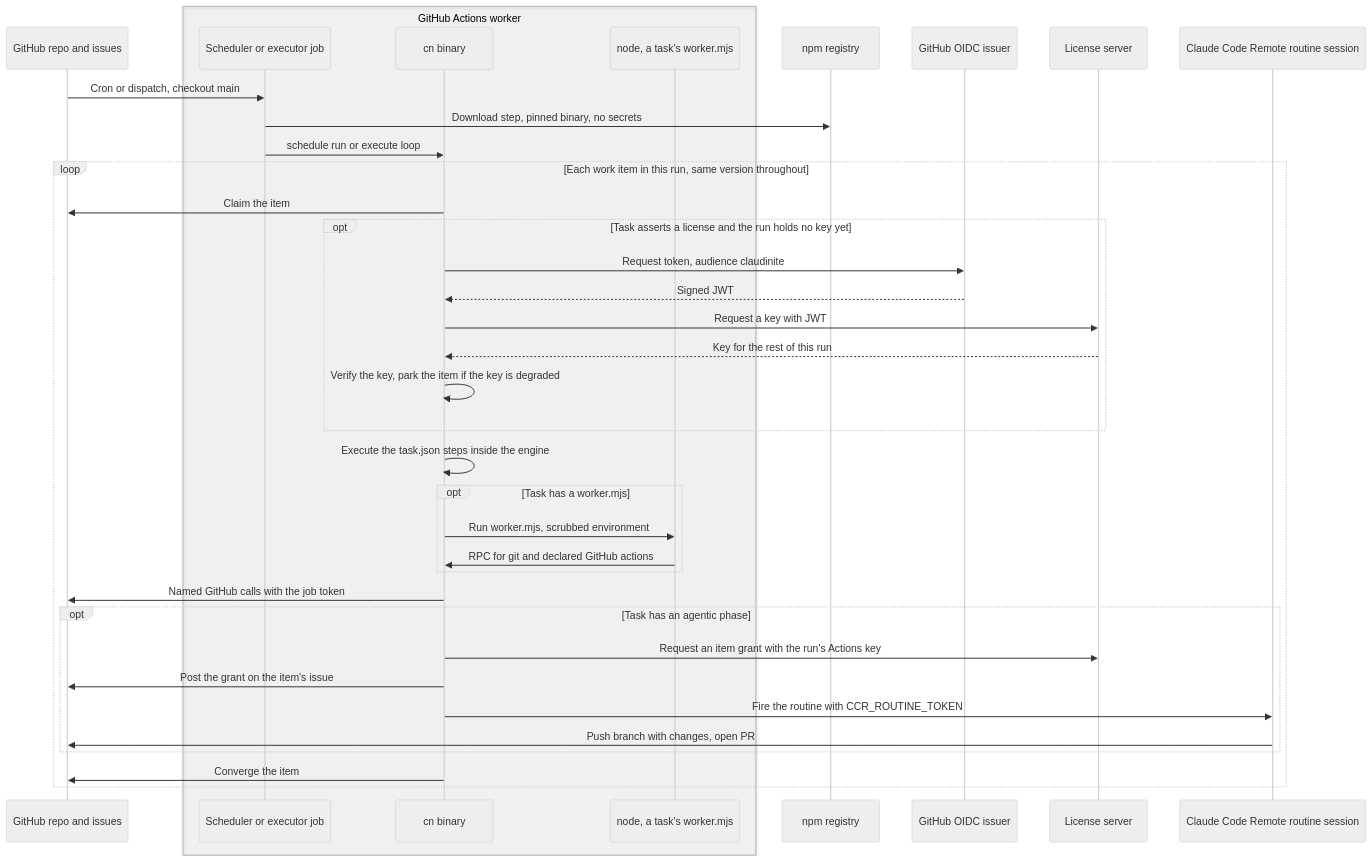
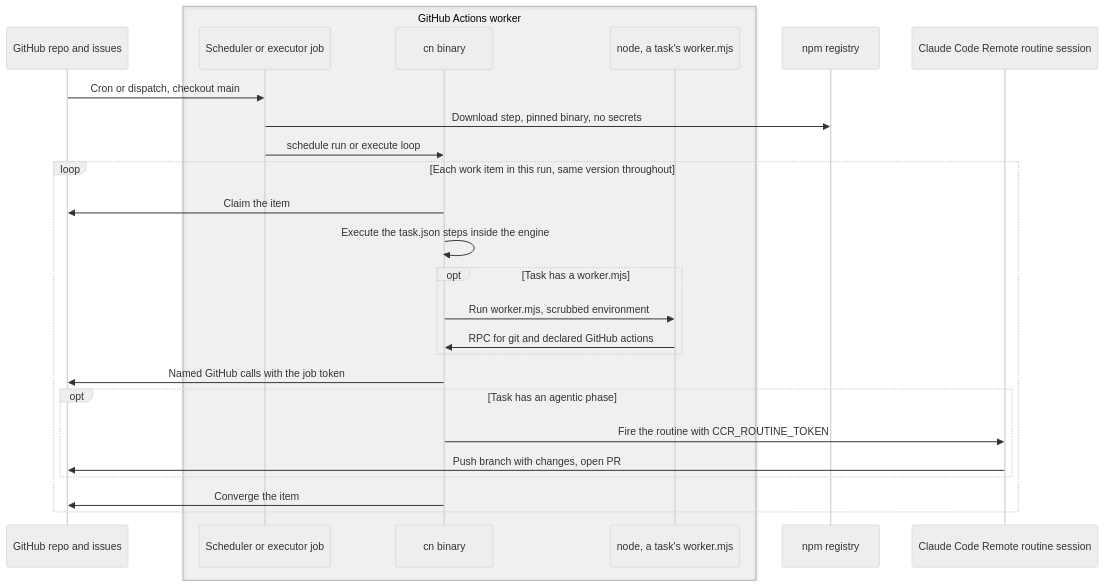
The fifth of 8 diagrams in docs/design.md (missingbulb/ClaudiniteEngine), drawn with Mermaid (neutral theme) before and after one commit. The commit also changed other lines of this file and 145 other files, not shown here.

````diff
--- a/docs/design.md
+++ b/docs/design.md
@@ -392,39 +382,28 @@
 ```mermaid
 sequenceDiagram
   participant GH as GitHub repo and issues
   box rgba(128,128,128,0.08) GitHub Actions worker
     participant J as Scheduler or executor job
     participant B as cn binary
     participant W as node, a task's worker.mjs
   end
   participant NPM as npm registry
-  participant OIDC as GitHub OIDC issuer
-  participant LIC as License server
   participant CCR as Claude Code Remote routine session
   GH->>J: Cron or dispatch, checkout main
   J->>NPM: Download step, pinned binary, no secrets
   J->>B: schedule run or execute loop
   loop Each work item in this run, same version throughout
     B->>GH: Claim the item
-    opt Task asserts a license and the run holds no key yet
-      B->>OIDC: Request token, audience claudinite
-      OIDC-->>B: Signed JWT
-      B->>LIC: Request a key with JWT
-      LIC-->>B: Key for the rest of this run
-      B->>B: Verify the key, park the item if the key is degraded
-    end
     B->>B: Execute the task.json steps inside the engine
     opt Task has a worker.mjs
       B->>W: Run worker.mjs, scrubbed environment
       W->>B: RPC for git and declared GitHub actions
     end
     B->>GH: Named GitHub calls with the job token
     opt Task has an agentic phase
-      B->>LIC: Request an item grant with the run's Actions key
-      B->>GH: Post the grant on the item's issue
       B->>CCR: Fire the routine with CCR_ROUTINE_TOKEN
       CCR->>GH: Push branch with changes, open PR
     end
     B->>GH: Converge the item
   end
 ```
````
